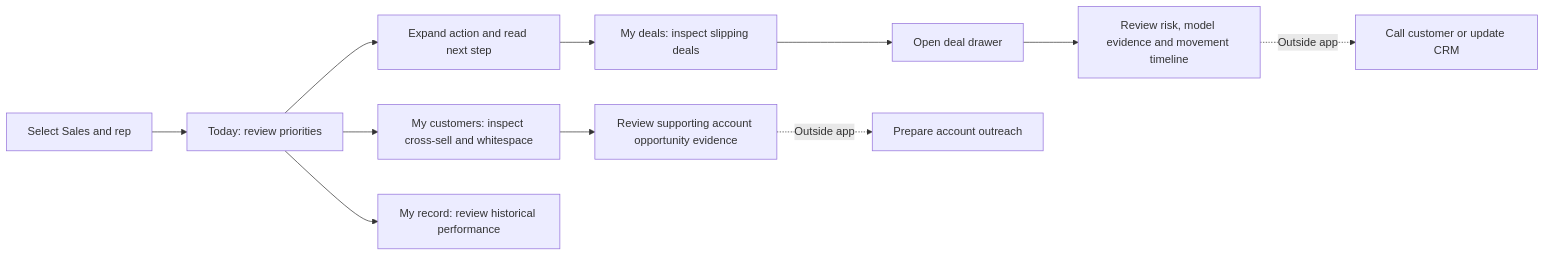
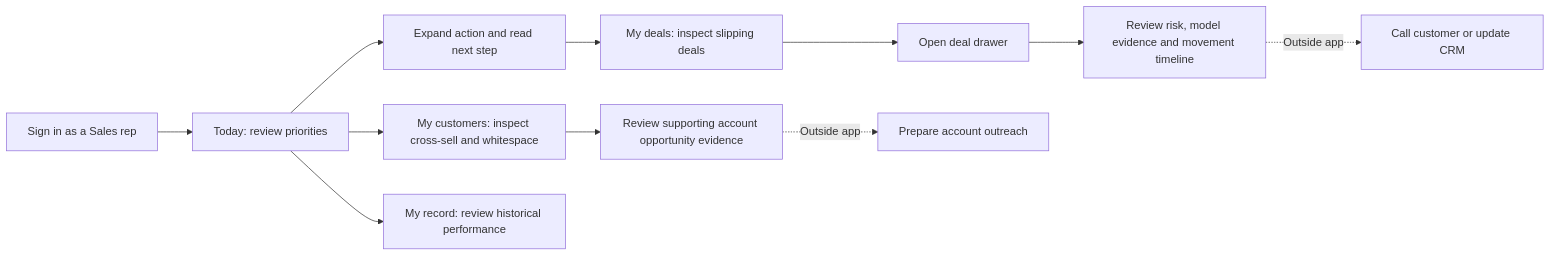
Before and after one commit to rp0023/ntt-command-centre: the third of 6 diagrams in Context/NTT_Command_Centre_Business_and_User_Flow.md, drawn with Mermaid. The commit also changed other lines of this file and 52 other files, not shown here.

````diff
--- a/Context/NTT_Command_Centre_Business_and_User_Flow.md
+++ b/Context/NTT_Command_Centre_Business_and_User_Flow.md
@@ -156,13 +156,13 @@
 ```mermaid
 flowchart LR
-    A[Select Sales and rep] --> B[Today: review priorities]
+    A[Sign in as a Sales rep] --> B[Today: review priorities]
     B --> C[Expand action and read next step]
     C --> D[My deals: inspect slipping deals]
     D --> E[Open deal drawer]
     E --> F[Review risk, model evidence and movement timeline]
     F -. Outside app .-> G[Call customer or update CRM]
     B --> H[My customers: inspect cross-sell and whitespace]
     H --> I[Review supporting account opportunity evidence]
     I -. Outside app .-> J[Prepare account outreach]
     B --> K[My record: review historical performance]
 ```
````
